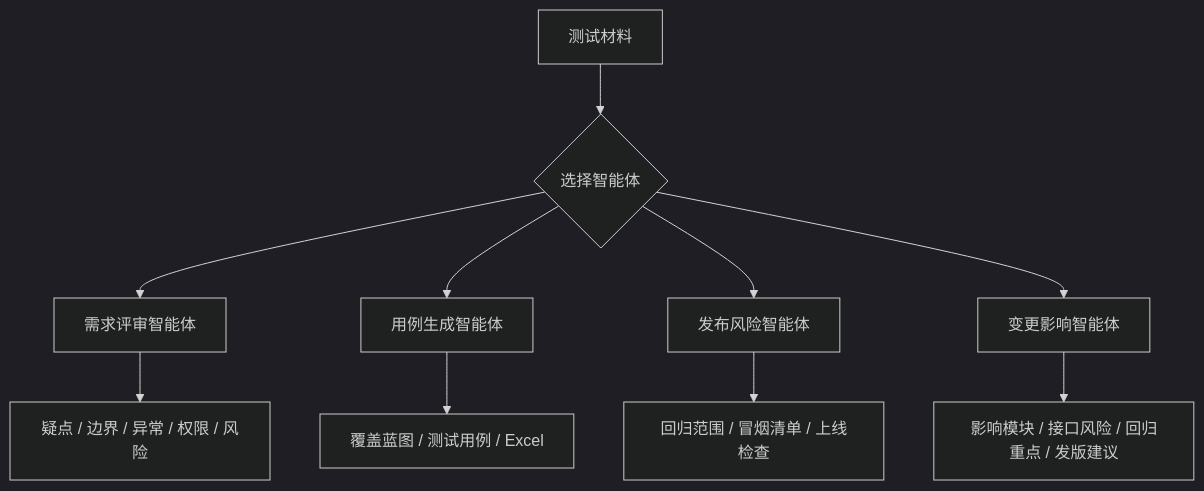
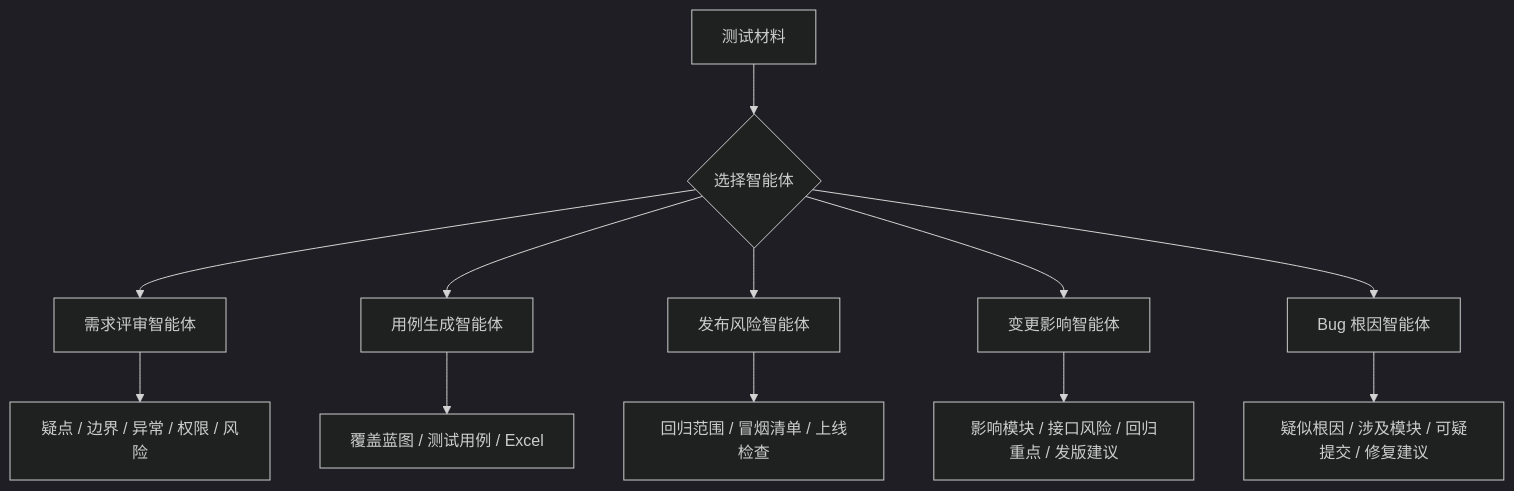
The first of 2 diagrams in README.md (swseven-hub/TestMind), drawn with Mermaid (dark theme) before and after one commit. The commit also changed other lines of this file and 6 other files, not shown here.

Commit message:
feat(agents): 新增 Bug 根因智能体

````diff
--- a/README.md
+++ b/README.md
@@ -60,12 +62,14 @@
 ```mermaid
 flowchart TD
   A["测试材料"] --> B{"选择智能体"}
   B --> C["需求评审智能体"]
   B --> D["用例生成智能体"]
   B --> E["发布风险智能体"]
   B --> I["变更影响智能体"]
+  B --> K["Bug 根因智能体"]
   C --> F["疑点 / 边界 / 异常 / 权限 / 风险"]
   D --> G["覆盖蓝图 / 测试用例 / Excel"]
   E --> H["回归范围 / 冒烟清单 / 上线检查"]
   I --> J["影响模块 / 接口风险 / 回归重点 / 发版建议"]
+  K --> L["疑似根因 / 涉及模块 / 可疑提交 / 修复建议"]
 ```
````
